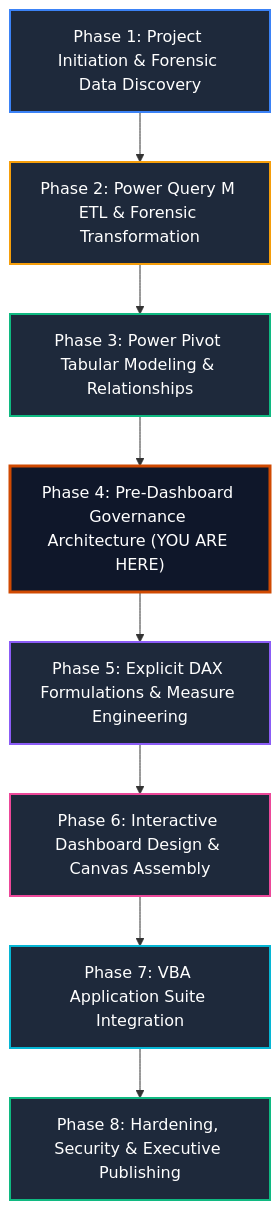
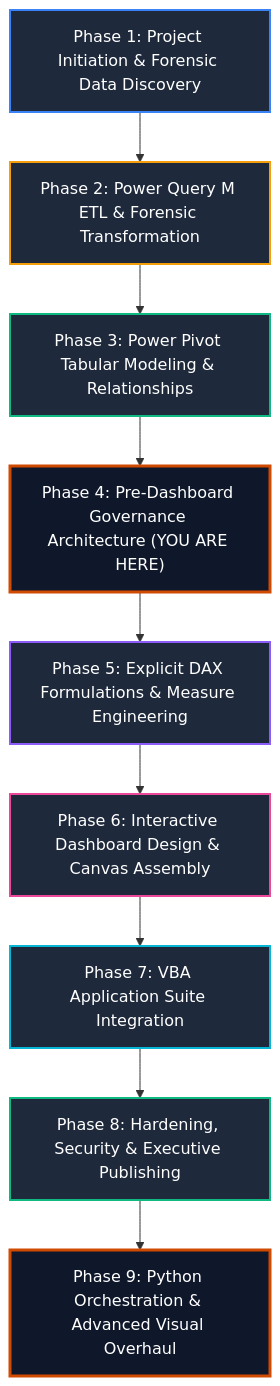
The first of 6 diagrams in docs/00_master_project_execution_guide.md (Sohila-Khaled-Abbas/pwc-switzerland-virtual-case), drawn with Mermaid before and after one commit. The commit also changed other lines of this file, not shown here.

Commit message:
docs: Update execution guide with Phase 9 Python UI/UX orchestration

````diff
--- a/docs/00_master_project_execution_guide.md
+++ b/docs/00_master_project_execution_guide.md
@@ -14,19 +14,21 @@
 ```mermaid
 flowchart TD
     P1["Phase 1: Project Initiation & Forensic Data Discovery"] --> P2["Phase 2: Power Query M ETL & Forensic Transformation"]
     P2 --> P3["Phase 3: Power Pivot Tabular Modeling & Relationships"]
     P3 --> P4["Phase 4: Pre-Dashboard Governance Architecture (YOU ARE HERE)"]
     P4 --> P5["Phase 5: Explicit DAX Formulations & Measure Engineering"]
     P5 --> P6["Phase 6: Interactive Dashboard Design & Canvas Assembly"]
     P6 --> P7["Phase 7: VBA Application Suite Integration"]
     P7 --> P8["Phase 8: Hardening, Security & Executive Publishing"]
+    P8 --> P9["Phase 9: Python Orchestration & Advanced Visual Overhaul"]
 
     style P1 fill:#1E293B,stroke:#3B82F6,stroke-width:2px,color:#fff
     style P2 fill:#1E293B,stroke:#F59E0B,stroke-width:2px,color:#fff
     style P3 fill:#1E293B,stroke:#10B981,stroke-width:2px,color:#fff
     style P4 fill:#0F172A,stroke:#D04A02,stroke-width:3px,color:#fff
     style P5 fill:#1E293B,stroke:#8B5CF6,stroke-width:2px,color:#fff
     style P6 fill:#1E293B,stroke:#EC4899,stroke-width:2px,color:#fff
     style P7 fill:#1E293B,stroke:#06B6D4,stroke-width:2px,color:#fff
     style P8 fill:#1E293B,stroke:#10B981,stroke-width:2px,color:#fff
+    style P9 fill:#0F172A,stroke:#D04A02,stroke-width:3px,color:#fff
 ```
````
